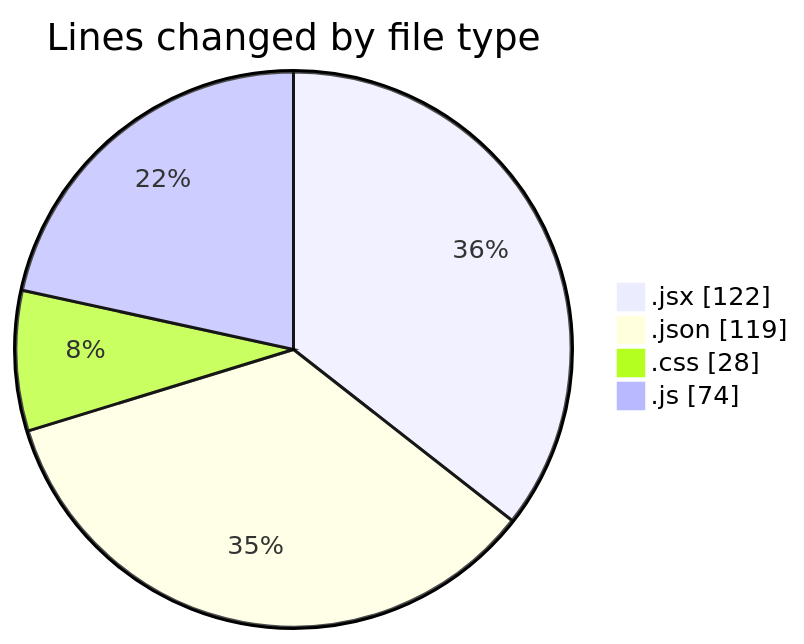
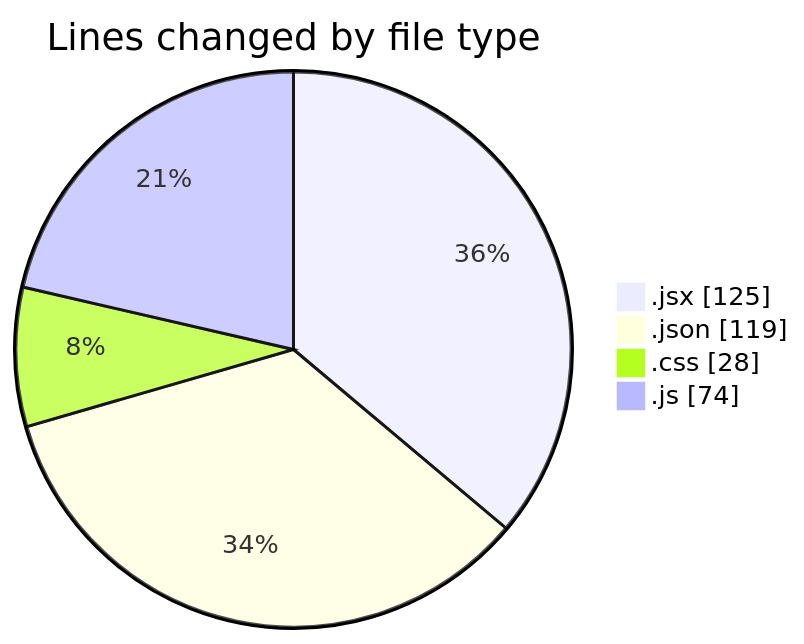
Before and after one commit to Elitesun/code-tracking: the first of 2 diagrams in 2025-01-24/react/README.md, drawn with Mermaid. The commit also changed other lines of this file and 1 other file, not shown here.

````diff
--- a/2025-01-24/react/README.md
+++ b/2025-01-24/react/README.md
@@ -28,8 +28,8 @@
 ```mermaid
 pie showData
 title Lines changed by file type
-".jsx" : 122
+".jsx" : 125
 ".json" : 119
 ".css" : 28
 ".js" : 74
 ```
````
